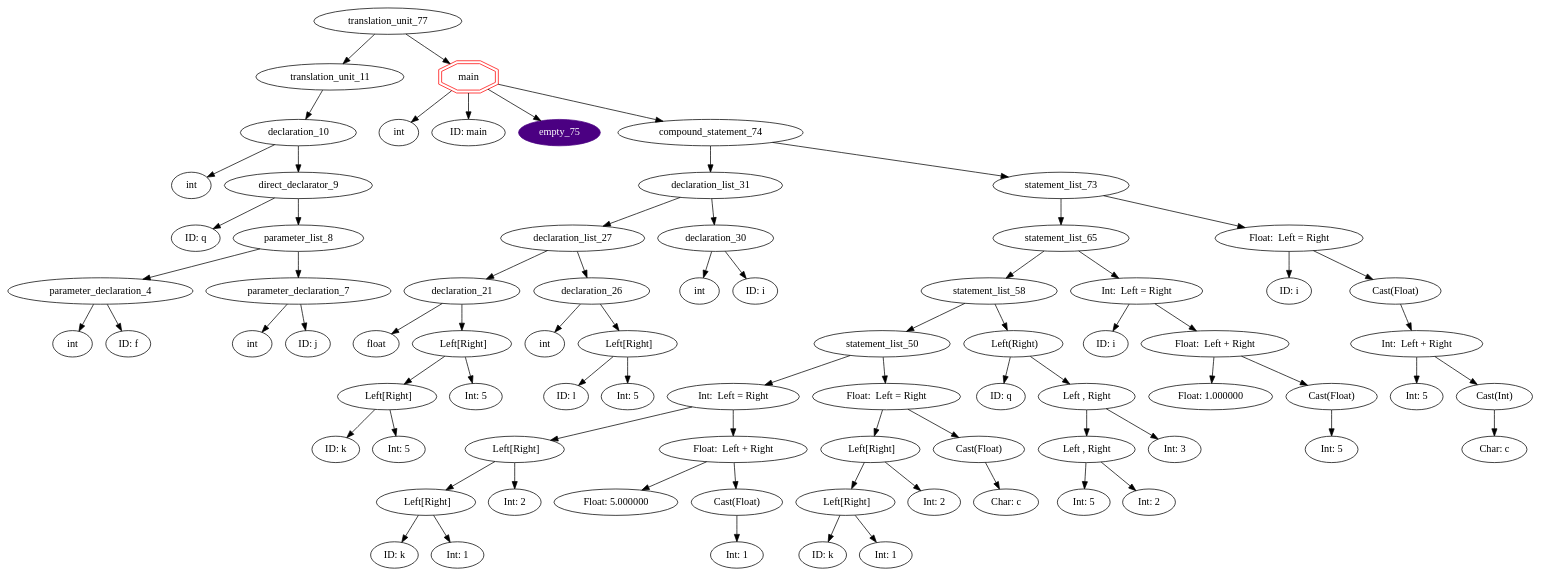
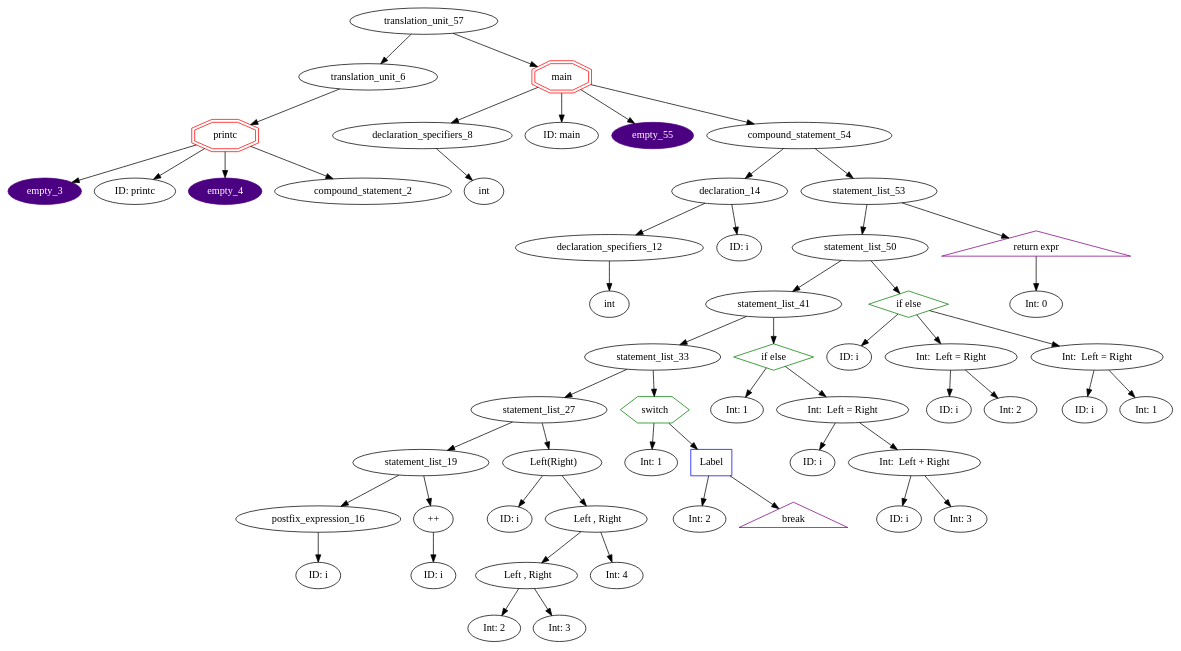
The diagram in graphs/default.gv (ahpalmerUNR/c_compiler), drawn with Graphviz before and after one commit. The commit also changed 1 other file, not shown here.

Commit message:
fixed error with jump nodes.

```diff
--- a/graphs/default.gv
+++ b/graphs/default.gv
@@ -1,144 +1,102 @@
 digraph AST {
-
-	translation_unit_77 -> translation_unit_11;
-	translation_unit_11 -> declaration_10;
-	declaration_10 [label="declaration_10"]
-	declaration_10 -> type_specifier_0;
-	type_specifier_0 [label="int"]
-	declaration_10 -> direct_declarator_9;
-	direct_declarator_9 -> identifier_1;
-	identifier_1 [label="ID: q"]
-	direct_declarator_9 -> parameter_list_8;
-	parameter_list_8 -> parameter_declaration_4;
-	parameter_declaration_4 -> type_specifier_2;
-	type_specifier_2 [label="int"]
-	parameter_declaration_4 -> identifier_3;
-	identifier_3 [label="ID: f"]
-	parameter_list_8 -> parameter_declaration_7;
-	parameter_declaration_7 -> type_specifier_5;
-	type_specifier_5 [label="int"]
-	parameter_declaration_7 -> identifier_6;
-	identifier_6 [label="ID: j"]
-	translation_unit_77 -> function_definition_76;
-	function_definition_76 [shape=doubleoctagon,color=red,label="main"]
-	function_definition_76 -> type_specifier_12;
-	type_specifier_12 [label="int"]
-	function_definition_76 -> identifier_13;
-	identifier_13 [label="ID: main"]
-	function_definition_76 -> empty_75;
-	empty_75 [style=filled,color=indigo,fontcolor=white]
-	function_definition_76 -> compound_statement_74;
-	compound_statement_74 -> declaration_list_31;
-	declaration_list_31 -> declaration_list_27;
-	declaration_list_27 -> declaration_21;
-	declaration_21 [label="declaration_21"]
-	declaration_21 -> type_specifier_15;
-	type_specifier_15 [label="float"]
-	declaration_21 -> direct_declarator_20;
-	direct_declarator_20 [label="  Left[Right]"]
-	direct_declarator_20 -> direct_declarator_18;
-	direct_declarator_18 [label="  Left[Right]"]
-	direct_declarator_18 -> identifier_16;
-	identifier_16 [label="ID: k"]
-	direct_declarator_18 -> constant_17;
-	constant_17 [label="Int: 5"]
-	direct_declarator_20 -> constant_19;
-	constant_19 [label="Int: 5"]
-	declaration_list_27 -> declaration_26;
-	declaration_26 [label="declaration_26"]
-	declaration_26 -> type_specifier_22;
-	type_specifier_22 [label="int"]
-	declaration_26 -> direct_declarator_25;
-	direct_declarator_25 [label="  Left[Right]"]
-	direct_declarator_25 -> identifier_23;
-	identifier_23 [label="ID: l"]
-	direct_declarator_25 -> constant_24;
-	constant_24 [label="Int: 5"]
-	declaration_list_31 -> declaration_30;
-	declaration_30 [label="declaration_30"]
-	declaration_30 -> type_specifier_28;
-	type_specifier_28 [label="int"]
-	declaration_30 -> identifier_29;
-	identifier_29 [label="ID: i"]
-	compound_statement_74 -> statement_list_73;
-	statement_list_73 -> statement_list_65;
-	statement_list_65 -> statement_list_58;
-	statement_list_58 -> statement_list_50;
-	statement_list_50 -> assignment_expression_41;
-	assignment_expression_41 [label="Int:  Left = Right"]
-	assignment_expression_41 -> postfix_expression_36;
-	postfix_expression_36 [label="  Left[Right]"]
-	postfix_expression_36 -> postfix_expression_34;
-	postfix_expression_34 [label="  Left[Right]"]
-	postfix_expression_34 -> identifier_32;
-	identifier_32 [label="ID: k"]
-	postfix_expression_34 -> constant_33;
-	constant_33 [label="Int: 1"]
-	postfix_expression_36 -> constant_35;
-	constant_35 [label="Int: 2"]
-	assignment_expression_41 -> operator_expression_39;
-	operator_expression_39 [label="Float:  Left + Right"]
-	operator_expression_39 -> constant_37;
-	constant_37 [label="Float: 5.000000"]
-	operator_expression_39 -> Implicit_Cast40;
-	Implicit_Cast40 [label="Cast(Float)"]
-	Implicit_Cast40 -> constant_38;
-	constant_38 [label="Int: 1"]
-	statement_list_50 -> assignment_expression_48;
-	assignment_expression_48 [label="Float:  Left = Right"]
-	assignment_expression_48 -> postfix_expression_46;
-	postfix_expression_46 [label="  Left[Right]"]
-	postfix_expression_46 -> postfix_expression_44;
-	postfix_expression_44 [label="  Left[Right]"]
-	postfix_expression_44 -> identifier_42;
-	identifier_42 [label="ID: k"]
-	postfix_expression_44 -> constant_43;
-	constant_43 [label="Int: 1"]
-	postfix_expression_46 -> constant_45;
-	constant_45 [label="Int: 2"]
-	assignment_expression_48 -> Implicit_Cast_49;
-	Implicit_Cast_49 [label="Cast(Float)"]
-	Implicit_Cast_49 -> constant_47;
-	constant_47 [label="Char: c"]
-	statement_list_58 -> postfix_expression_57;
-	postfix_expression_57 [label="  Left(Right)"]
-	postfix_expression_57 -> identifier_51;
-	identifier_51 [label="ID: q"]
-	postfix_expression_57 -> argument_expression_list_56;
-	argument_expression_list_56 [label=" Left , Right"]
-	argument_expression_list_56 -> argument_expression_list_54;
-	argument_expression_list_54 [label=" Left , Right"]
-	argument_expression_list_54 -> constant_52;
-	constant_52 [label="Int: 5"]
-	argument_expression_list_54 -> constant_53;
-	constant_53 [label="Int: 2"]
-	argument_expression_list_56 -> constant_55;
-	constant_55 [label="Int: 3"]
-	statement_list_65 -> assignment_expression_64;
-	assignment_expression_64 [label="Int:  Left = Right"]
-	assignment_expression_64 -> identifier_59;
-	identifier_59 [label="ID: i"]
-	assignment_expression_64 -> operator_expression_62;
-	operator_expression_62 [label="Float:  Left + Right"]
-	operator_expression_62 -> constant_60;
-	constant_60 [label="Float: 1.000000"]
-	operator_expression_62 -> Implicit_Cast63;
-	Implicit_Cast63 [label="Cast(Float)"]
-	Implicit_Cast63 -> constant_61;
-	constant_61 [label="Int: 5"]
-	statement_list_73 -> assignment_expression_71;
-	assignment_expression_71 [label="Float:  Left = Right"]
-	assignment_expression_71 -> identifier_66;
-	identifier_66 [label="ID: i"]
-	assignment_expression_71 -> Implicit_Cast_72;
-	Implicit_Cast_72 [label="Cast(Float)"]
-	Implicit_Cast_72 -> operator_expression_69;
-	operator_expression_69 [label="Int:  Left + Right"]
-	operator_expression_69 -> constant_67;
-	constant_67 [label="Int: 5"]
-	operator_expression_69 -> Implicit_Cast70;
-	Implicit_Cast70 [label="Cast(Int)"]
-	Implicit_Cast70 -> constant_68;
-	constant_68 [label="Char: c"]
-
+	translation_unit_57 -> translation_unit_6;
+	translation_unit_6 -> function_definition_5;
+	function_definition_5 [shape=doubleoctagon,color=red,label="printc"]
+	function_definition_5 -> empty_3;
+	empty_3 [style=filled,color=indigo,fontcolor=white]
+	function_definition_5 -> identifier_0;
+	identifier_0 [label="ID: printc"]
+	function_definition_5 -> empty_4;
+	empty_4 [style=filled,color=indigo,fontcolor=white]
+	function_definition_5 -> compound_statement_2;
+	translation_unit_57 -> function_definition_56;
+	function_definition_56 [shape=doubleoctagon,color=red,label="main"]
+	function_definition_56 -> declaration_specifiers_8;
+	declaration_specifiers_8 [label="declaration_specifiers_8"]
+	declaration_specifiers_8 -> type_specifier_7;
+	type_specifier_7 [label="int"]
+	function_definition_56 -> identifier_9;
+	identifier_9 [label="ID: main"]
+	function_definition_56 -> empty_55;
+	empty_55 [style=filled,color=indigo,fontcolor=white]
+	function_definition_56 -> compound_statement_54;
+	compound_statement_54 -> declaration_14;
+	declaration_14 [label="declaration_14"]
+	declaration_14 -> declaration_specifiers_12;
+	declaration_specifiers_12 [label="declaration_specifiers_12"]
+	declaration_specifiers_12 -> type_specifier_11;
+	type_specifier_11 [label="int"]
+	declaration_14 -> identifier_13;
+	identifier_13 [label="ID: i"]
+	compound_statement_54 -> statement_list_53;
+	statement_list_53 -> statement_list_50;
+	statement_list_50 -> statement_list_41;
+	statement_list_41 -> statement_list_33;
+	statement_list_33 -> statement_list_27;
+	statement_list_27 -> statement_list_19;
+	statement_list_19 -> postfix_expression_16;
+	postfix_expression_16 -> identifier_15;
+	identifier_15 [label="ID: i"]
+	statement_list_19 -> unary_expression_18;
+	unary_expression_18 [label="++"]
+	unary_expression_18 -> identifier_17;
+	identifier_17 [label="ID: i"]
+	statement_list_27 -> postfix_expression_26;
+	postfix_expression_26 [label="  Left(Right)"]
+	postfix_expression_26 -> identifier_20;
+	identifier_20 [label="ID: i"]
+	postfix_expression_26 -> argument_expression_list_25;
+	argument_expression_list_25 [label="  Left , Right"]
+	argument_expression_list_25 -> argument_expression_list_23;
+	argument_expression_list_23 [label="  Left , Right"]
+	argument_expression_list_23 -> constant_21;
+	constant_21 [label="Int: 2"]
+	argument_expression_list_23 -> constant_22;
+	constant_22 [label="Int: 3"]
+	argument_expression_list_25 -> constant_24;
+	constant_24 [label="Int: 4"]
+	statement_list_33 -> selection_statement_32;
+	selection_statement_32 [shape=hexagon,color=green,label="switch"]
+	selection_statement_32 -> constant_28;
+	constant_28 [label="Int: 1"]
+	selection_statement_32 -> labeled_statement_31;
+	labeled_statement_31 [shape = box,color=blue,label="Label"]
+	labeled_statement_31 -> constant_29;
+	constant_29 [label="Int: 2"]
+	labeled_statement_31 -> jump_statement_30;
+	jump_statement_30 [shape = triangle,color=purple,label="break"]
+	statement_list_41 -> selection_statement_40;
+	selection_statement_40 [shape=diamond,color=green,label="if else"]
+	selection_statement_40 -> constant_34;
+	constant_34 [label="Int: 1"]
+	selection_statement_40 -> assignment_expression_39;
+	assignment_expression_39 [label="Int:  Left = Right"]
+	assignment_expression_39 -> identifier_35;
+	identifier_35 [label="ID: i"]
+	assignment_expression_39 -> operator_expression_38;
+	operator_expression_38 [label="Int:  Left + Right"]
+	operator_expression_38 -> identifier_36;
+	identifier_36 [label="ID: i"]
+	operator_expression_38 -> constant_37;
+	constant_37 [label="Int: 3"]
+	statement_list_50 -> selection_statement_49;
+	selection_statement_49 [shape=diamond,color=green,label="if else"]
+	selection_statement_49 -> identifier_42;
+	identifier_42 [label="ID: i"]
+	selection_statement_49 -> assignment_expression_45;
+	assignment_expression_45 [label="Int:  Left = Right"]
+	assignment_expression_45 -> identifier_43;
+	identifier_43 [label="ID: i"]
+	assignment_expression_45 -> constant_44;
+	constant_44 [label="Int: 2"]
+	selection_statement_49 -> assignment_expression_48;
+	assignment_expression_48 [label="Int:  Left = Right"]
+	assignment_expression_48 -> identifier_46;
+	identifier_46 [label="ID: i"]
+	assignment_expression_48 -> constant_47;
+	constant_47 [label="Int: 1"]
+	statement_list_53 -> jump_statement_52;
+	jump_statement_52 [shape = triangle,color=purple,label="return expr"]
+	jump_statement_52 -> constant_51;
+	constant_51 [label="Int: 0"]
 }
```
